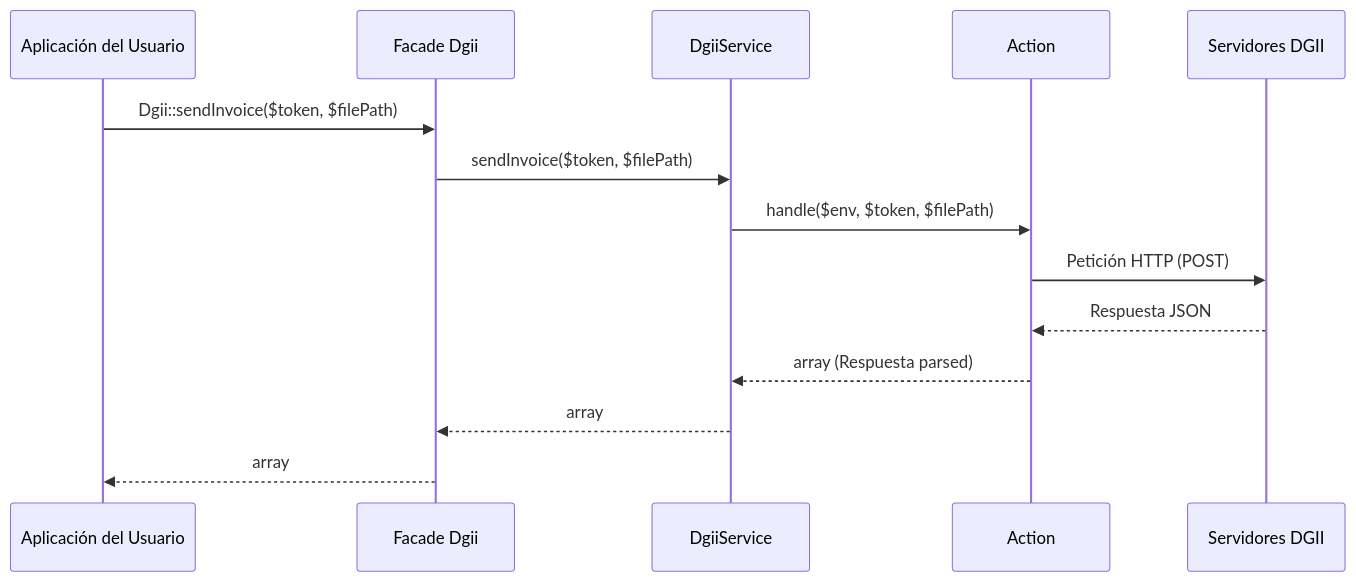
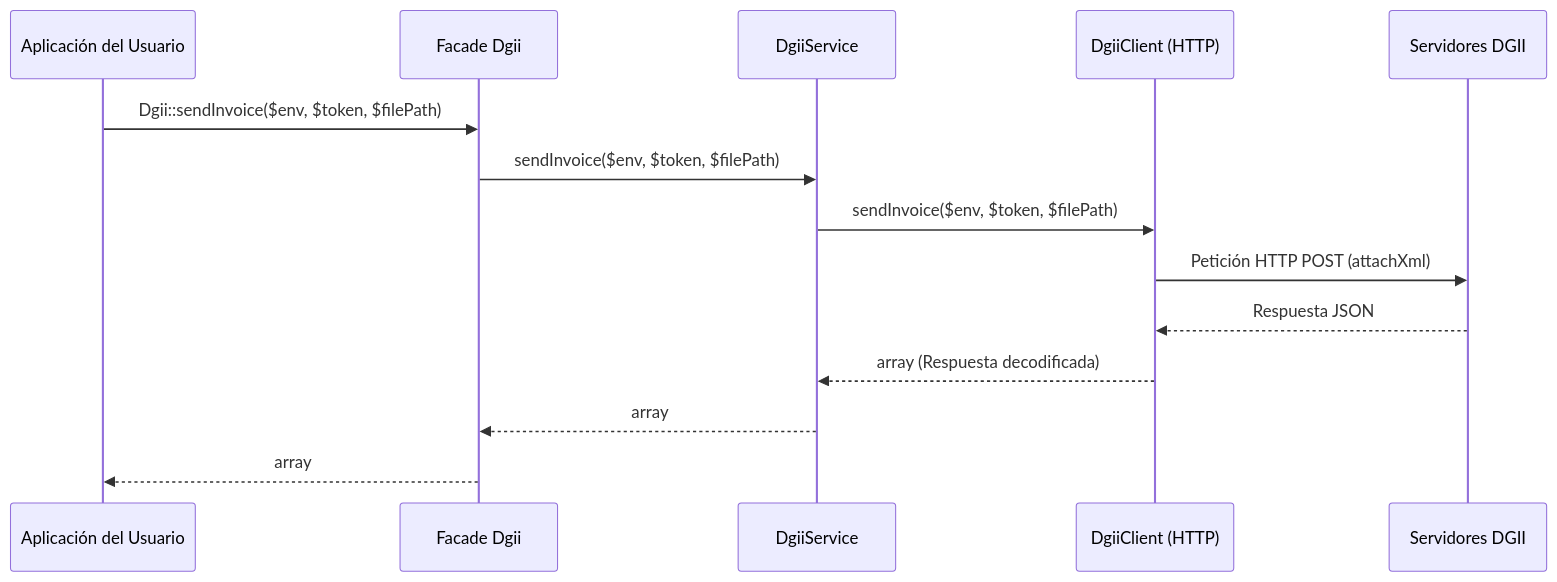
The first of 2 diagrams in docs/internals/architecture.md (platinum-place/laravel-dgii), drawn with Mermaid before and after one commit. The commit also changed other lines of this file and 3 other files, not shown here.

Commit message:
docs: update system architecture, conventions, and guidelines to reflect facade-based design

````diff
--- a/docs/internals/architecture.md
+++ b/docs/internals/architecture.md
@@ -27,17 +53,17 @@
 ```mermaid
 sequenceDiagram
     participant App as Aplicación del Usuario
     participant Facade as Facade Dgii
     participant Gateway as DgiiService
-    participant Action as Action
+    participant Client as DgiiClient (HTTP)
     participant DGII as Servidores DGII
     
-    App->>Facade: Dgii::sendInvoice($token, $filePath)
-    Facade->>Gateway: sendInvoice($token, $filePath)
-    Gateway->>Action: handle($env, $token, $filePath)
-    Action->>DGII: Petición HTTP (POST)
-    DGII-->>Action: Respuesta JSON
-    Action-->>Gateway: array (Respuesta parsed)
+    App->>Facade: Dgii::sendInvoice($env, $token, $filePath)
+    Facade->>Gateway: sendInvoice($env, $token, $filePath)
+    Gateway->>Client: sendInvoice($env, $token, $filePath)
+    Client->>DGII: Petición HTTP POST (attachXml)
+    DGII-->>Client: Respuesta JSON
+    Client-->>Gateway: array (Respuesta decodificada)
     Gateway-->>Facade: array
     Facade-->>App: array
 ```
````
